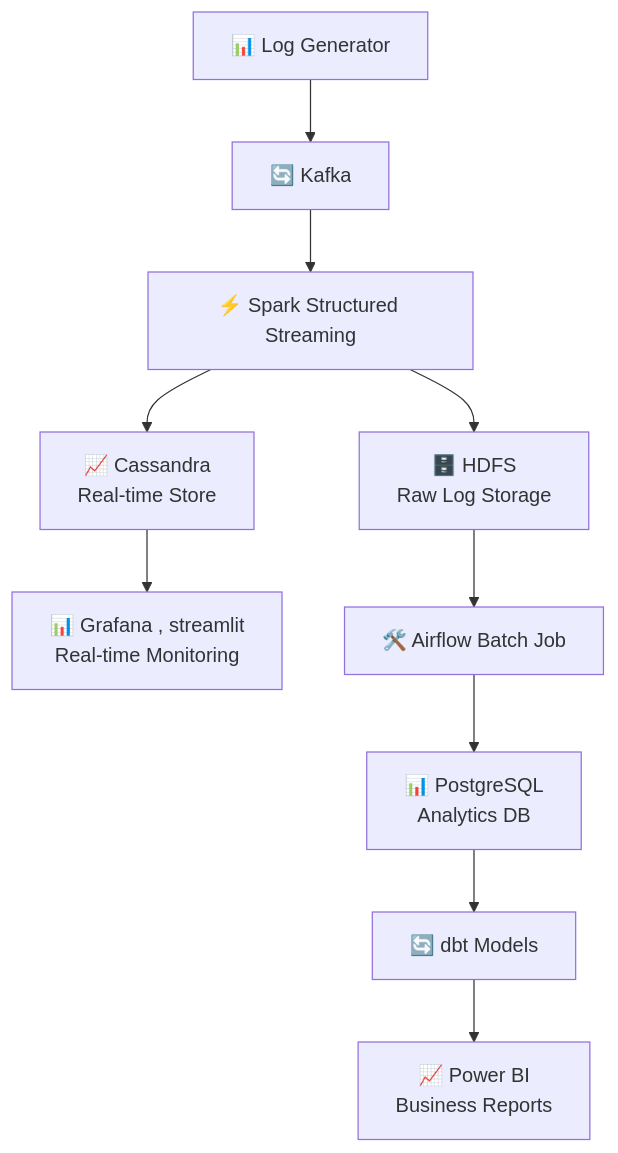
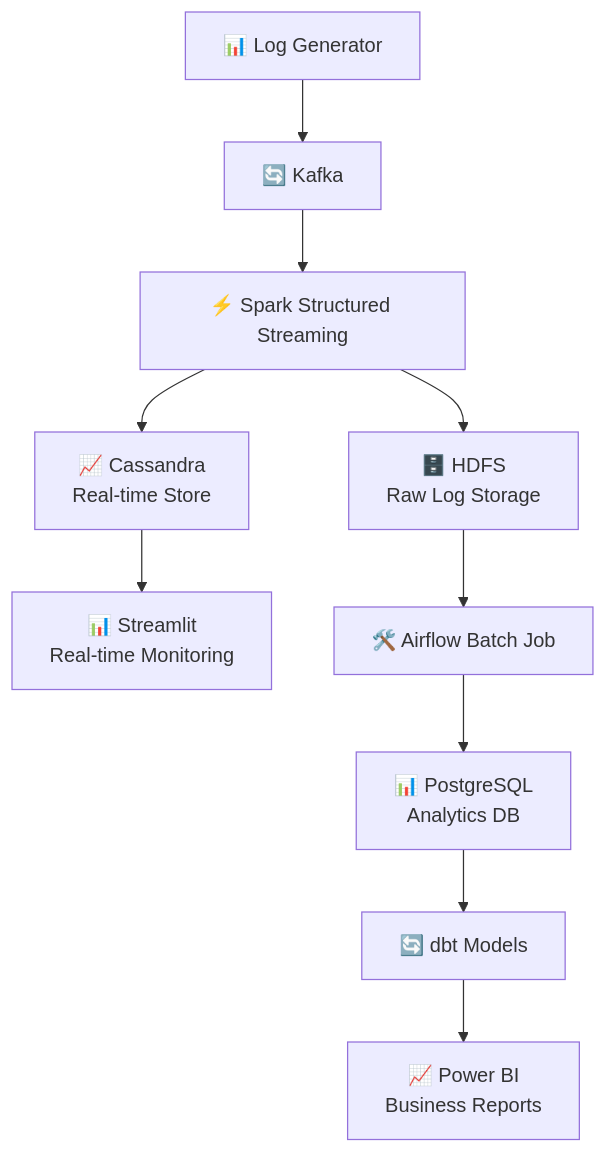
Before and after one commit to MAHMOUDMAMDOH8/end-to-end-log-processing: the first of 2 diagrams in README.md, drawn with Mermaid. The commit also changed other lines of this file, not shown here.

````diff
--- a/README.md
+++ b/README.md
@@ -20,12 +20,12 @@
 ```mermaid
 graph TD
     A[📊 Log Generator] --> B[🔄 Kafka]
     B --> C[⚡ Spark Structured Streaming]
     C --> D[📈 Cassandra<br/>Real-time Store]
-    D --> E[📊 Grafana , streamlit <br/>Real-time Monitoring]
+    D --> E[📊 Streamlit<br/>Real-time Monitoring]
     C --> F[🗄️ HDFS<br/>Raw Log Storage]
     F --> G[🛠️ Airflow Batch Job]
     G --> H[📊 PostgreSQL<br/>Analytics DB]
     H --> I[🔄 dbt Models]
     I --> J[📈 Power BI<br/>Business Reports]
 ```
````
